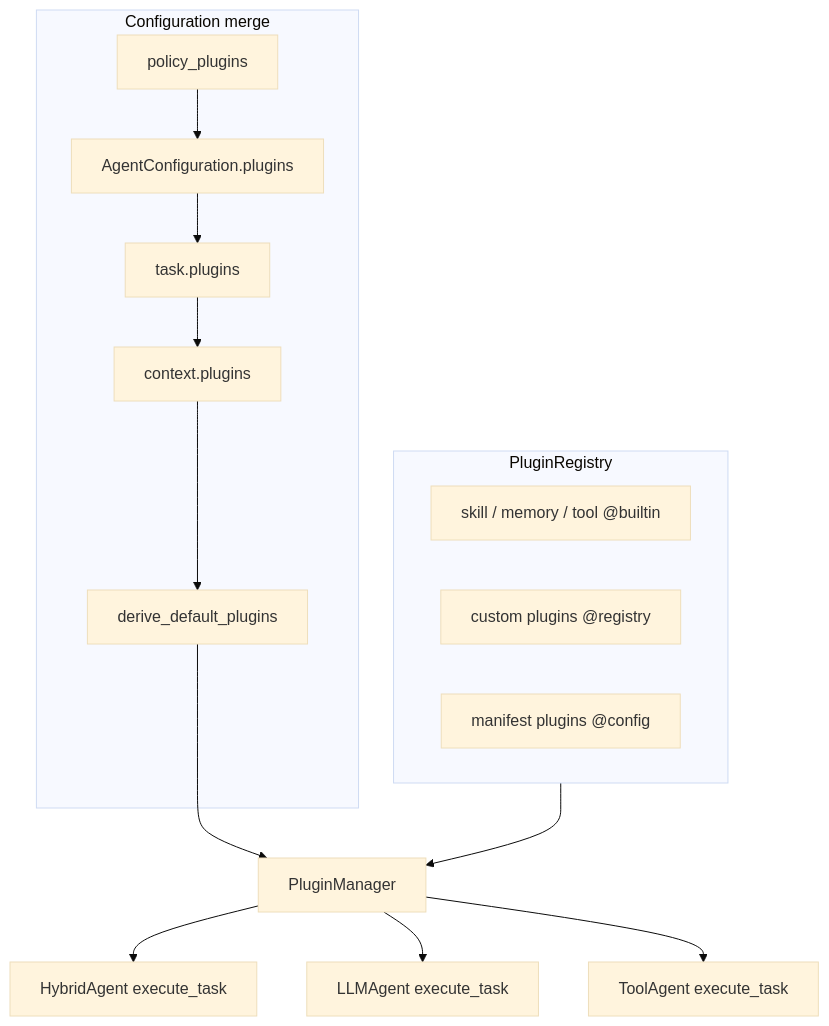
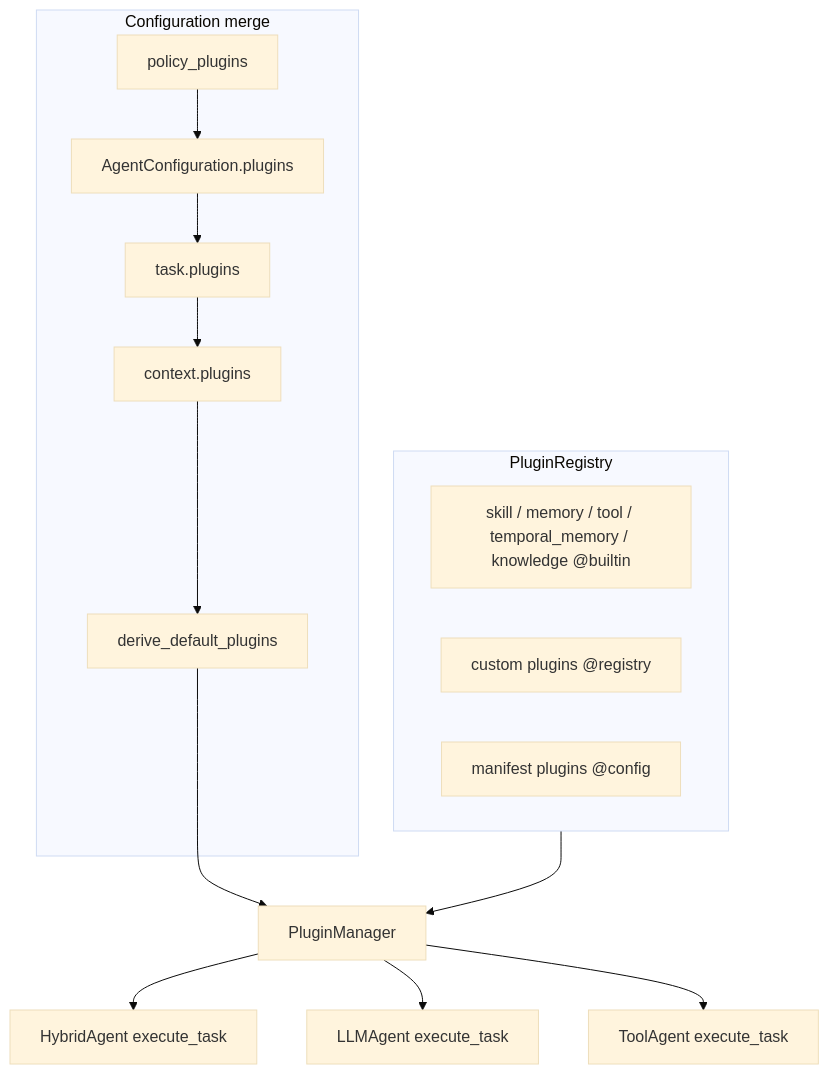
The diagram in docs/developer/DOMAIN_AGENT/PLUGIN_SYSTEM.md (Howmany-Zeta/AI-Execute-Services), drawn with Mermaid (base theme) before and after one commit. The commit also changed other lines of this file and 48 other files, not shown here.

First line of the commit message:
feat: add L1 temporal memory (Phase 0–2)

````diff
--- a/docs/developer/DOMAIN_AGENT/PLUGIN_SYSTEM.md
+++ b/docs/developer/DOMAIN_AGENT/PLUGIN_SYSTEM.md
@@ -24,24 +24,24 @@
 ```mermaid
 flowchart TB
     subgraph Config["Configuration merge"]
         POL[policy_plugins]
         CFG[AgentConfiguration.plugins]
         TSK[task.plugins]
         CTX[context.plugins]
         DEF[derive_default_plugins]
     end
 
     POL --> CFG --> TSK --> CTX --> DEF
     DEF --> PM[PluginManager]
 
     subgraph Registry["PluginRegistry"]
-        BUILTIN[skill / memory / tool @builtin]
+        BUILTIN[skill / memory / tool / temporal_memory / knowledge @builtin]
         REG[custom plugins @registry]
         MAN[manifest plugins @config]
     end
 
     Registry --> PM
     PM --> HA[HybridAgent execute_task]
     PM --> LA[LLMAgent execute_task]
     PM --> TA[ToolAgent execute_task]
 ```
````
